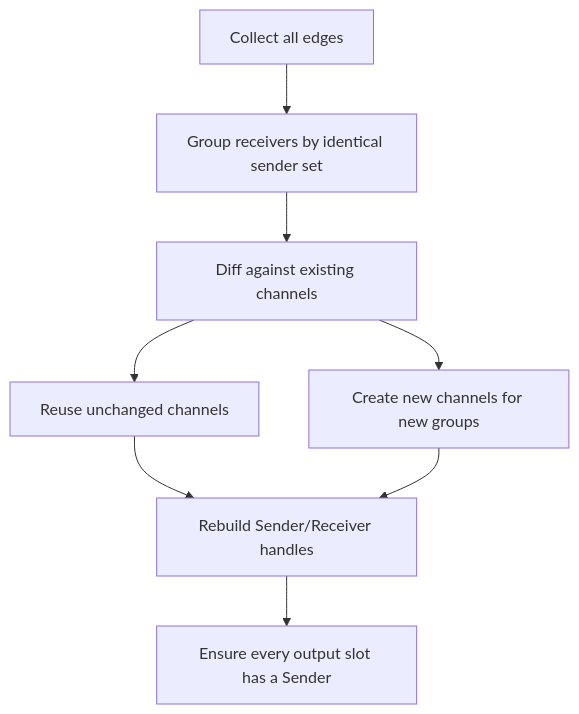
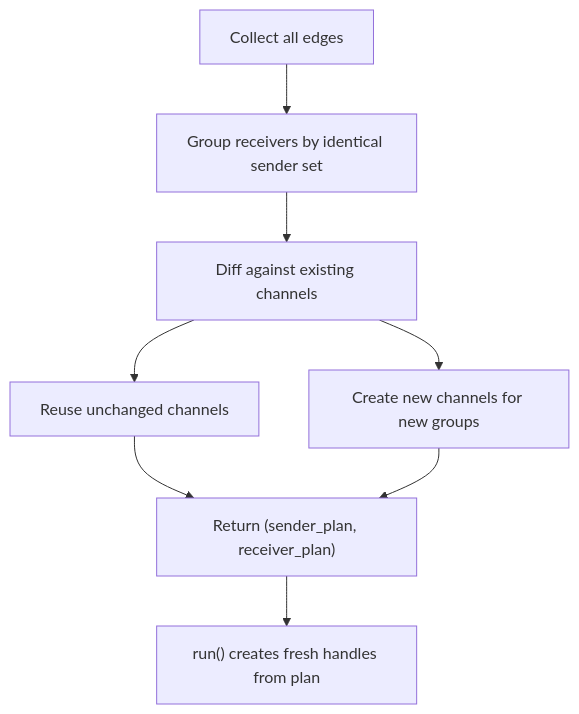
The fifth of 13 diagrams in DEVELOPER.md (Project-NEURIA/OpenNeuro), drawn with Mermaid before and after one commit. The commit also changed other lines of this file, not shown here.

First line of the commit message:
docs: update DEVELOPER.md for three-layer architecture and UI bridge

````diff
--- a/DEVELOPER.md
+++ b/DEVELOPER.md
@@ -180,9 +186,9 @@
 ```mermaid
 graph TD
     A[Collect all edges] --> B[Group receivers by identical sender set]
     B --> C[Diff against existing channels]
     C --> D[Reuse unchanged channels]
     C --> E[Create new channels for new groups]
-    D & E --> F[Rebuild Sender/Receiver handles]
-    F --> G[Ensure every output slot has a Sender]
+    D & E --> F["Return (sender_plan, receiver_plan)"]
+    F --> G["run() creates fresh handles from plan"]
 ```
````
